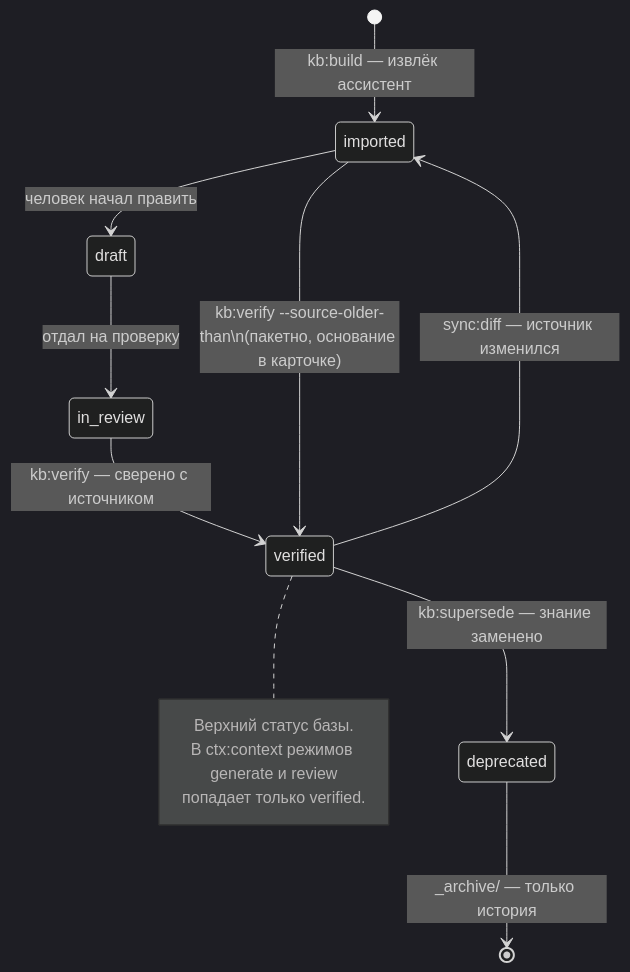
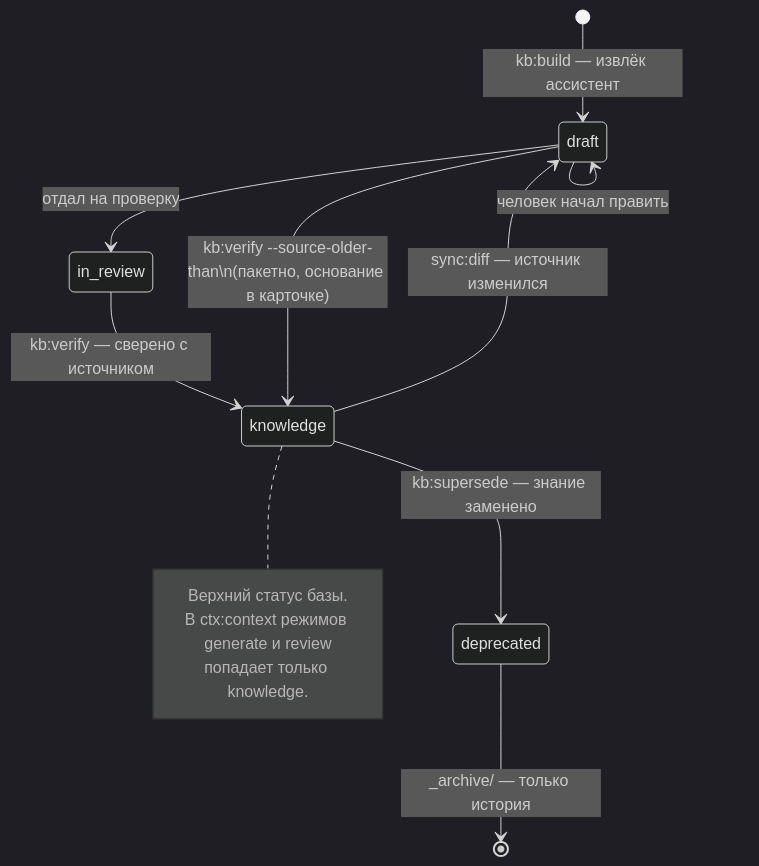
One commit to VVG-web/aurora-studio changed the second of 2 diagrams in docs/lifecycle.md. Above: the diagram before and after it, drawn with Mermaid (dark theme). The commit also changed other lines of this file and 9 other files, not shown here.

````diff
--- a/docs/lifecycle.md
+++ b/docs/lifecycle.md
@@ -64,17 +64,17 @@
 ```mermaid
 stateDiagram-v2
-  [*] --> imported: kb#58;build — извлёк ассистент
-  imported --> draft: человек начал править
+  [*] --> draft: kb#58;build — извлёк ассистент
+  draft --> draft: человек начал править
   draft --> in_review: отдал на проверку
-  in_review --> verified: kb#58;verify — сверено с источником
-  imported --> verified: kb#58;verify --source-older-than\n(пакетно, основание в карточке)
-  verified --> imported: sync#58;diff — источник изменился
-  verified --> deprecated: kb#58;supersede — знание заменено
+  in_review --> knowledge: kb#58;verify — сверено с источником
+  draft --> knowledge: kb#58;verify --source-older-than\n(пакетно, основание в карточке)
+  knowledge --> draft: sync#58;diff — источник изменился
+  knowledge --> deprecated: kb#58;supersede — знание заменено
   deprecated --> [*]: _archive/ — только история
 
-  note right of verified
+  note right of knowledge
     Верхний статус базы.
     В ctx:context режимов generate и review
-    попадает только verified.
+    попадает только knowledge.
   end note
 ```
````
